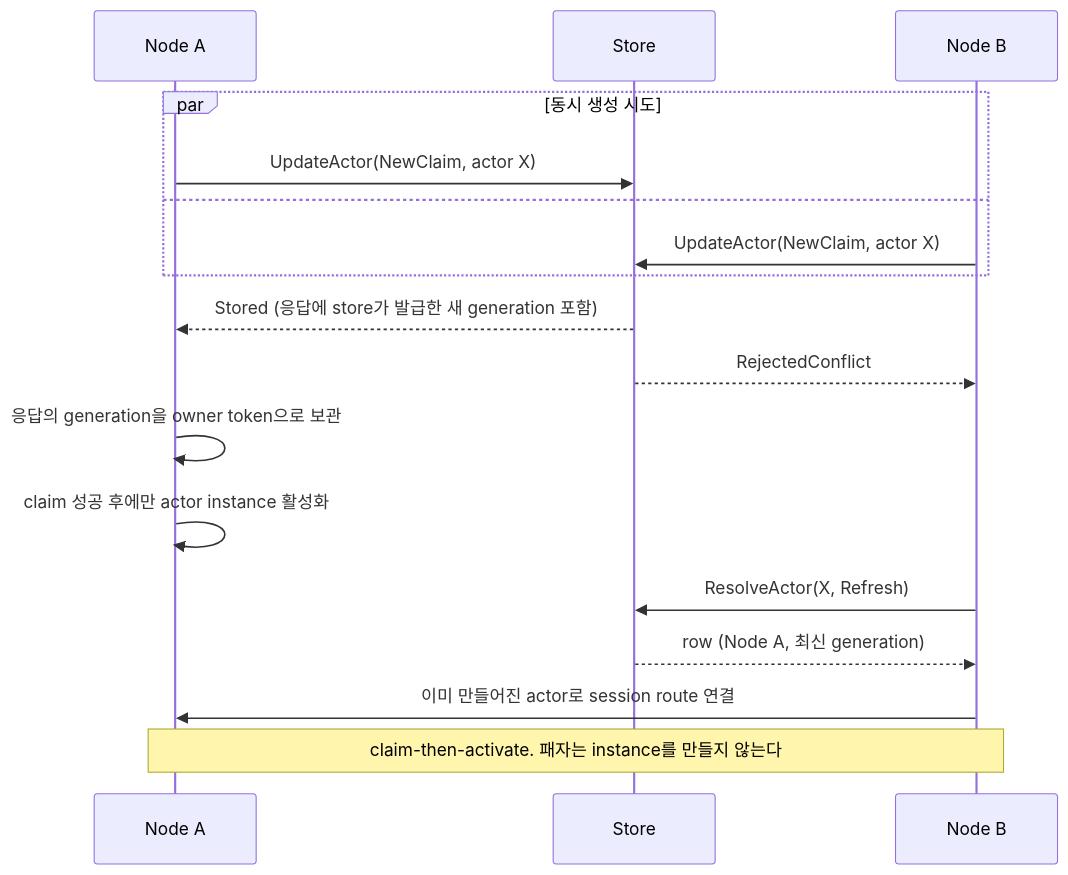
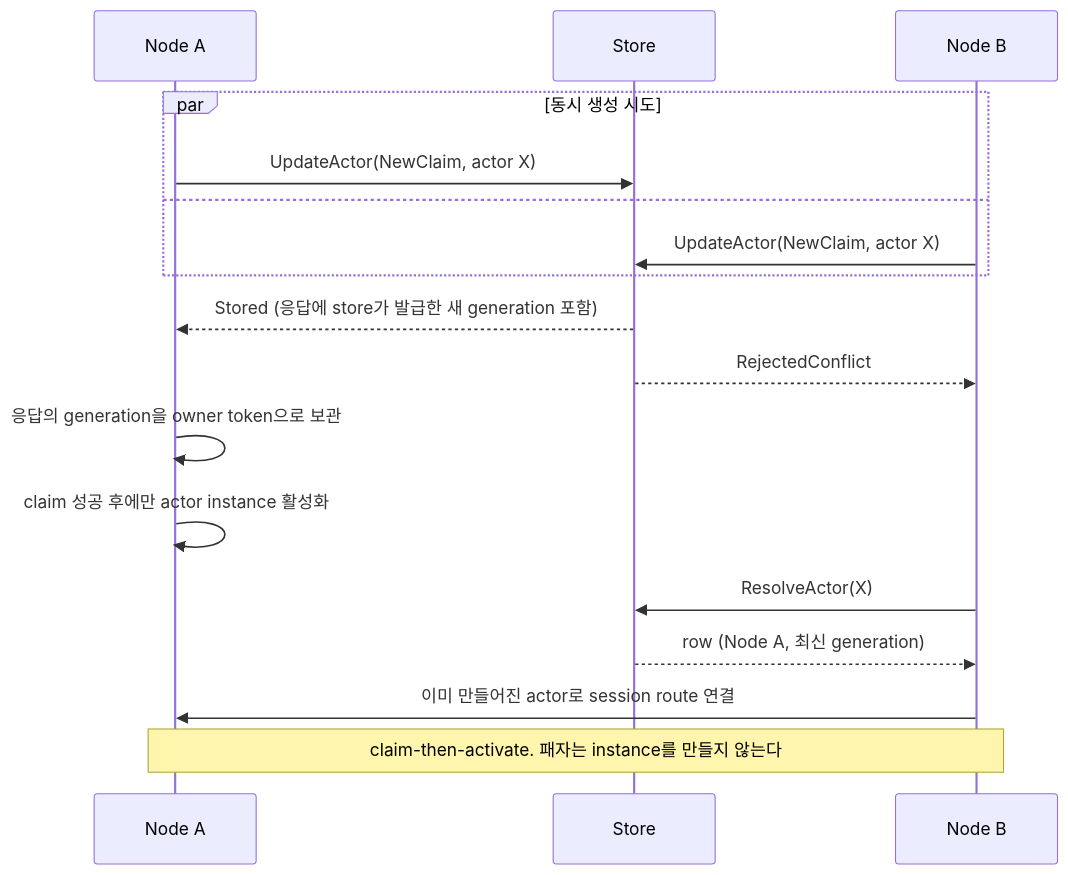
The second of 4 diagrams in framework/doc/framework/common/draft/framework-location-resolver-store.ko.md (kairos-code-dev/zlink), drawn with Mermaid before and after one commit. The commit also changed other lines of this file and 10 other files, not shown here.

````diff
--- a/framework/doc/framework/common/draft/framework-location-resolver-store.ko.md
+++ b/framework/doc/framework/common/draft/framework-location-resolver-store.ko.md
@@ -226,20 +226,20 @@
 ```mermaid
 sequenceDiagram
     participant A as Node A
     participant S as Store
     participant B as Node B
 
     par 동시 생성 시도
         A->>S: UpdateActor(NewClaim, actor X)
     and
         B->>S: UpdateActor(NewClaim, actor X)
     end
     S-->>A: Stored (응답에 store가 발급한 새 generation 포함)
     S-->>B: RejectedConflict
     A->>A: 응답의 generation을 owner token으로 보관
     A->>A: claim 성공 후에만 actor instance 활성화
-    B->>S: ResolveActor(X, Refresh)
+    B->>S: ResolveActor(X)
     S-->>B: row (Node A, 최신 generation)
     B->>A: 이미 만들어진 actor로 session route 연결
     Note over A,B: claim-then-activate. 패자는 instance를 만들지 않는다
 ```
````
